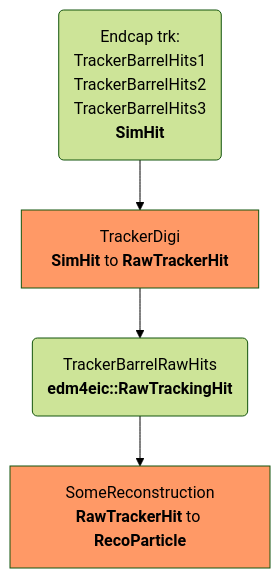
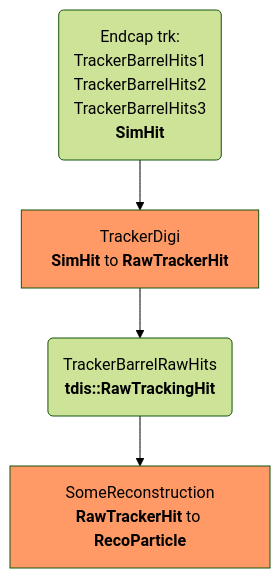
One commit to JeffersonLab/tdis changed the second of 2 diagrams in source/extensions/jana/README.md. Above: the diagram before and after it, drawn with Mermaid (forest theme). The commit also changed other lines of this file and 51 other files, not shown here.

````diff
--- a/source/extensions/jana/README.md
+++ b/source/extensions/jana/README.md
@@ -44,12 +44,12 @@
 ```mermaid
 flowchart TB
   classDef alg fill:#f96;
 
   tracker_barrel_collections(Endcap trk:<br />TrackerBarrelHits1<br/>TrackerBarrelHits2<br/>TrackerBarrelHits3<br/><strong>SimHit</strong>)
 
   tracker_barrel_collections --> TrackerDigi[TrackerDigi<br /><strong>SimHit</strong> to <strong>RawTrackerHit</strong>]:::alg
-  TrackerDigi --> TrackerBarrelRawHits(TrackerBarrelRawHits<br/><strong>edm4eic::RawTrackingHit</strong>)
+  TrackerDigi --> TrackerBarrelRawHits(TrackerBarrelRawHits<br/><strong>tdis::RawTrackingHit</strong>)
 
   TrackerSourceLinker[SomeReconstruction<br /><strong>RawTrackerHit</strong> to <strong>RecoParticle</strong>]:::alg
   TrackerBarrelRawHits --> TrackerSourceLinker
 ```
````
